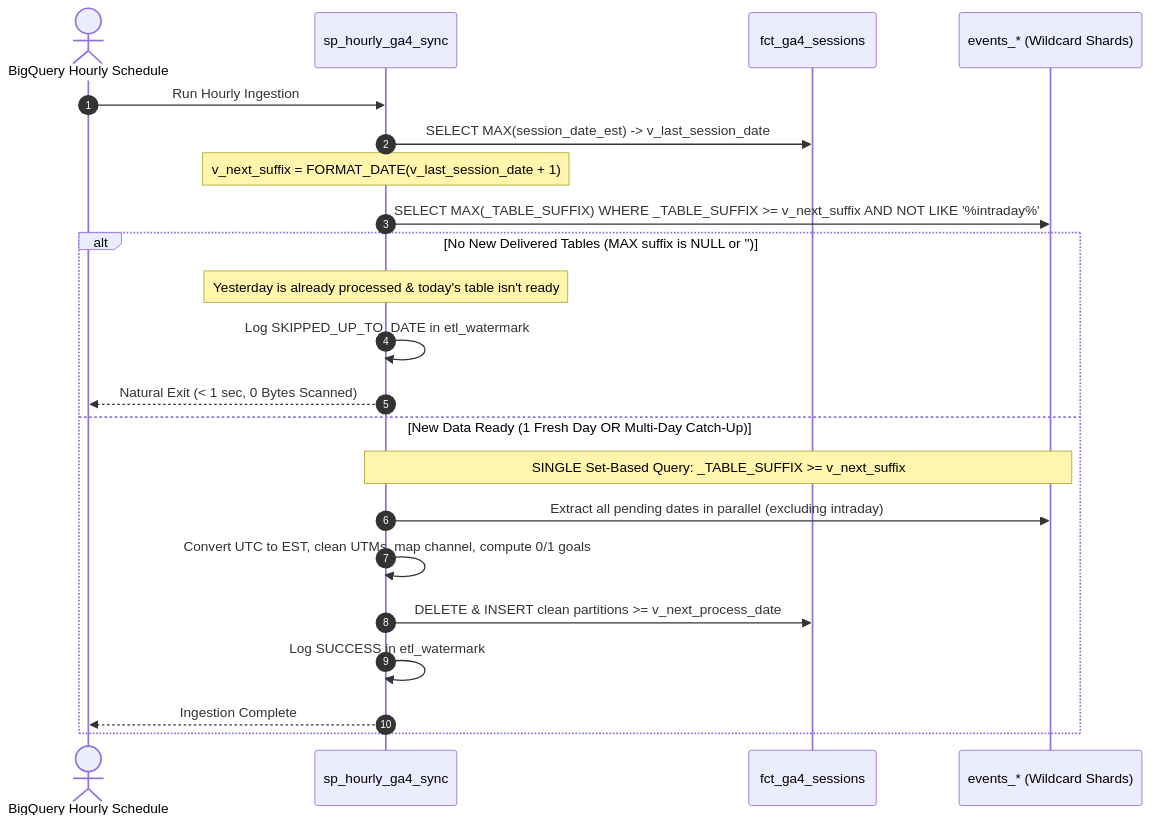
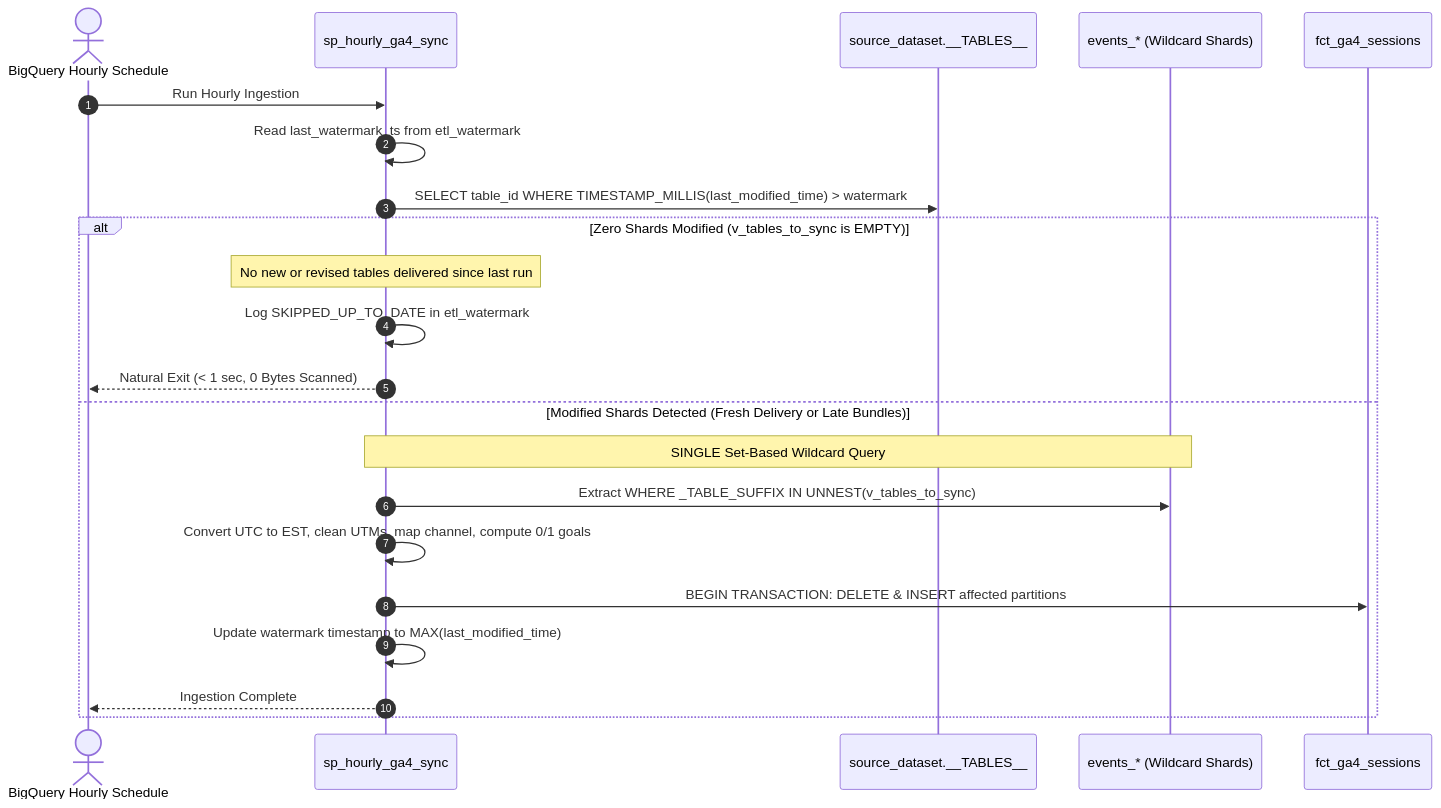
The second of 2 diagrams in ga4-bigquery-schema/ARTICLE.md (rudy0903/dbmarketer), drawn with Mermaid before and after one commit. The commit also changed other lines of this file and 8 other files, not shown here.

````diff
--- a/ga4-bigquery-schema/ARTICLE.md
+++ b/ga4-bigquery-schema/ARTICLE.md
@@ -275,27 +285,26 @@
 ```mermaid
 sequenceDiagram
     autonumber
     actor Cron as BigQuery Hourly Schedule
     participant Proc as sp_hourly_ga4_sync
+    participant Meta as source_dataset.__TABLES__
+    participant Raw as events_* (Wildcard Shards)
     participant Marts as fct_ga4_sessions
-    participant Raw as events_* (Wildcard Shards)
 
     Cron->>Proc: Run Hourly Ingestion
-    Proc->>Marts: SELECT MAX(session_date_est) -> v_last_session_date
-    Note over Proc: v_next_suffix = FORMAT_DATE(v_last_session_date + 1)
+    Proc->>Proc: Read last_watermark_ts from etl_watermark
+    Proc->>Meta: SELECT table_id WHERE TIMESTAMP_MILLIS(last_modified_time) > watermark
     
-    Proc->>Raw: SELECT MAX(_TABLE_SUFFIX) WHERE _TABLE_SUFFIX >= v_next_suffix AND NOT LIKE '%intraday%'
-    
-    alt No New Delivered Tables (MAX suffix is NULL or '')
-        Note over Proc: Yesterday is already processed & today's table isn't ready
+    alt Zero Shards Modified (v_tables_to_sync is EMPTY)
+        Note over Proc: No new or revised tables delivered since last run
         Proc->>Proc: Log SKIPPED_UP_TO_DATE in etl_watermark
         Proc-->>Cron: Natural Exit (< 1 sec, 0 Bytes Scanned)
-    else New Data Ready (1 Fresh Day OR Multi-Day Catch-Up)
-        Note over Proc,Raw: SINGLE Set-Based Query: _TABLE_SUFFIX >= v_next_suffix
-        Proc->>Raw: Extract all pending dates in parallel (excluding intraday)
+    else Modified Shards Detected (Fresh Delivery or Late Bundles)
+        Note over Proc,Raw: SINGLE Set-Based Wildcard Query
+        Proc->>Raw: Extract WHERE _TABLE_SUFFIX IN UNNEST(v_tables_to_sync)
         Proc->>Proc: Convert UTC to EST, clean UTMs, map channel, compute 0/1 goals
-        Proc->>Marts: DELETE & INSERT clean partitions >= v_next_process_date
-        Proc->>Proc: Log SUCCESS in etl_watermark
+        Proc->>Marts: BEGIN TRANSACTION: DELETE & INSERT affected partitions
+        Proc->>Proc: Update watermark timestamp to MAX(last_modified_time)
         Proc-->>Cron: Ingestion Complete
     end
 ```
````
